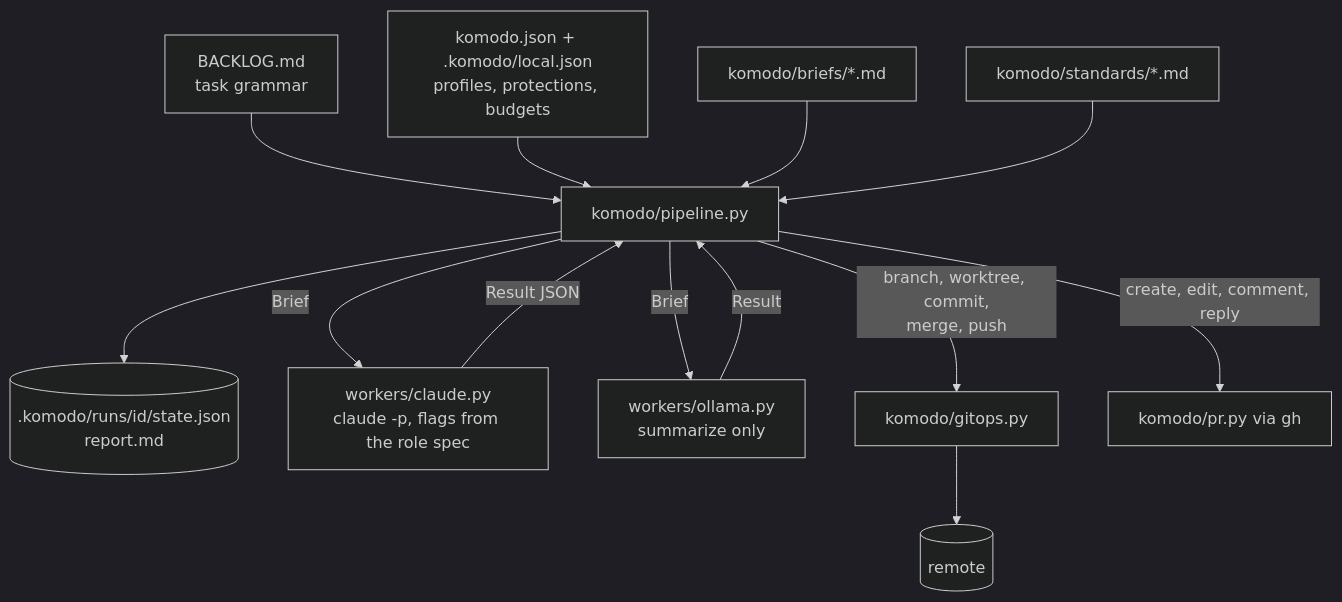
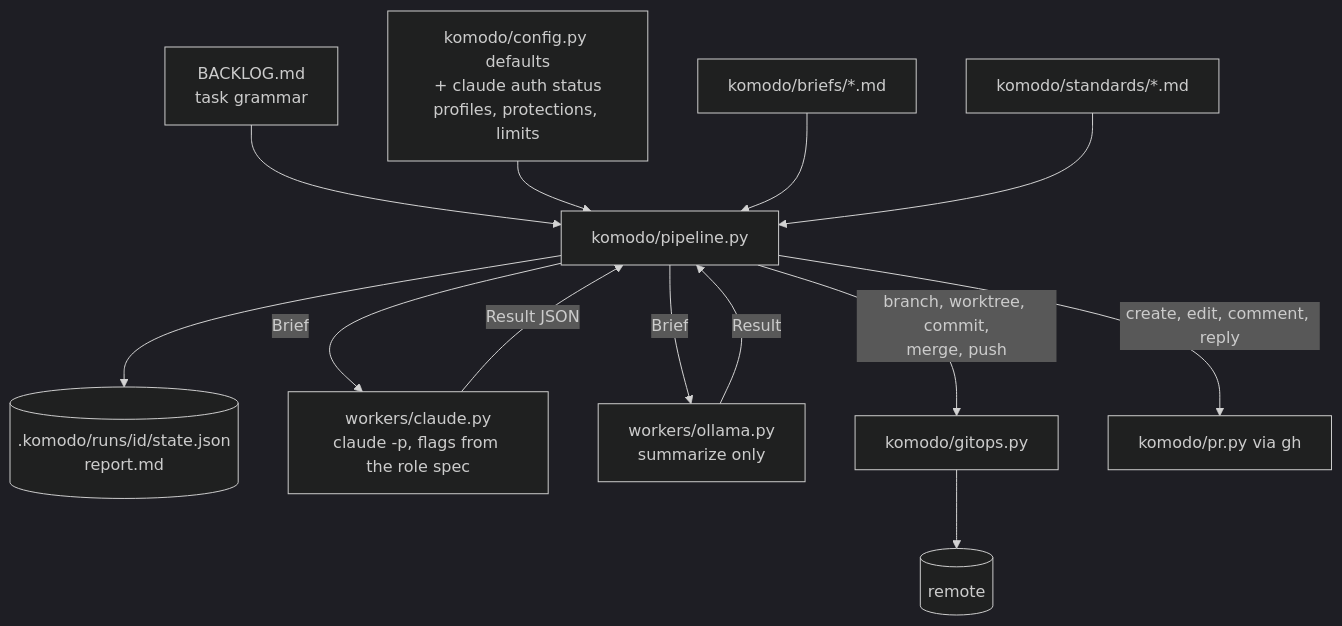
One commit to rdevitto86/komodo-agentic-factory-coding changed the diagram in docs/architecture.md. Above: the diagram before and after it, drawn with Mermaid (dark theme). The commit also changed 36 other files, not shown here.

First line of the commit message:
feat(limits): the harness reads the Claude account and derives its own caps (#96)

````diff
--- a/docs/architecture.md
+++ b/docs/architecture.md
@@ -5,15 +5,15 @@
 ```mermaid
 flowchart TB
     BL[BACKLOG.md<br/>task grammar] --> P[komodo/pipeline.py]
-    CFG[komodo.json + .komodo/local.json<br/>profiles, protections, budgets] --> P
+    CFG[komodo/config.py defaults<br/>+ claude auth status<br/>profiles, protections, limits] --> P
     P --> ST[(.komodo/runs/id/state.json<br/>report.md)]
     P -->|Brief| WC[workers/claude.py<br/>claude -p, flags from the role spec]
     P -->|Brief| WO[workers/ollama.py<br/>summarize only]
     WC -->|Result JSON| P
     WO -->|Result| P
     P -->|branch, worktree, commit,<br/>merge, push| G[komodo/gitops.py]
     G --> R[(remote)]
     P -->|create, edit, comment, reply| GH[komodo/pr.py via gh]
     BR[komodo/briefs/*.md] --> P
     SD[komodo/standards/*.md] --> P
 ```
````
